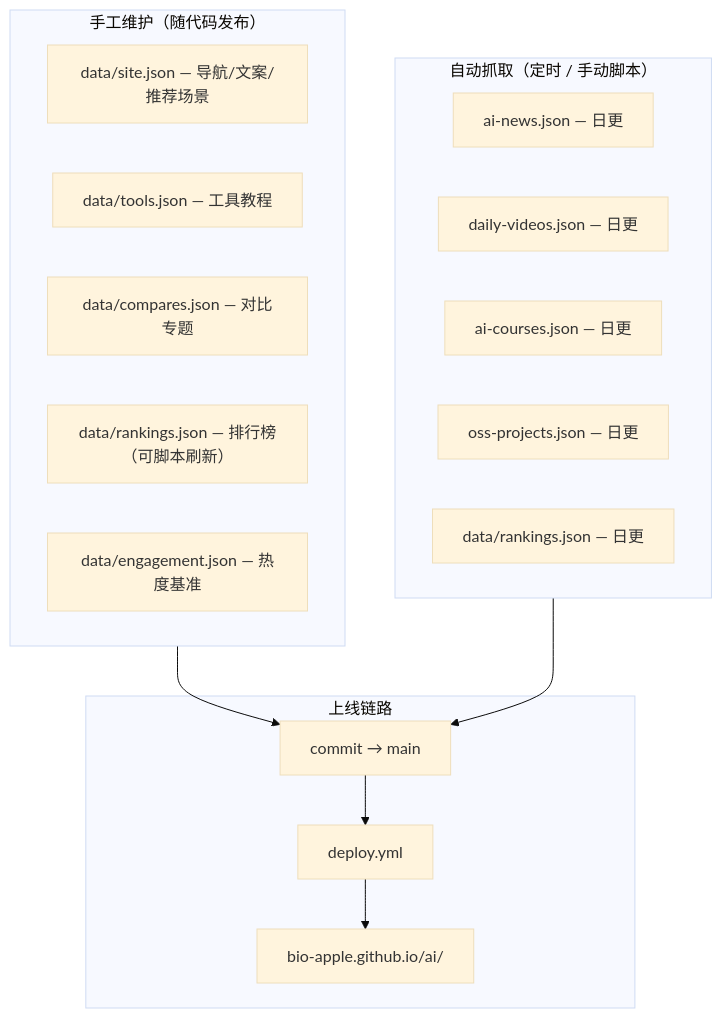
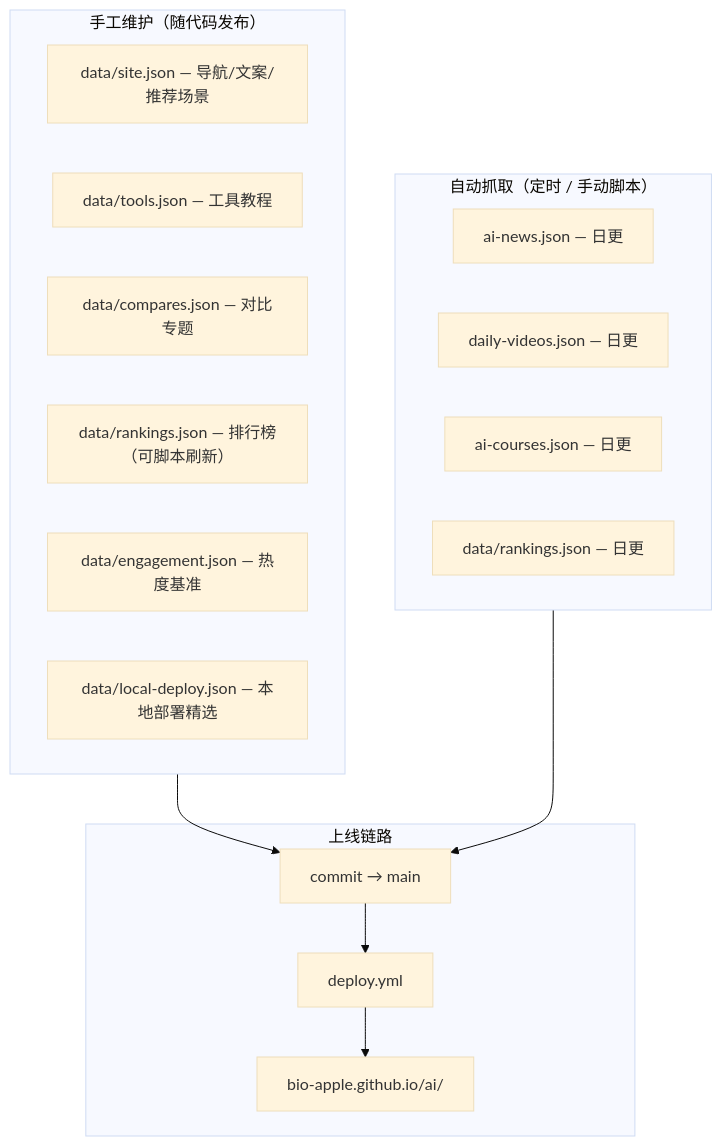
One commit to bio-apple/ai changed the first of 2 diagrams in docs/CONTENT-OPS.md. Above: the diagram before and after it, drawn with Mermaid (base theme). The commit also changed other lines of this file and 47 other files, not shown here.

````diff
--- a/docs/CONTENT-OPS.md
+++ b/docs/CONTENT-OPS.md
@@ -11,28 +11,28 @@
 ```mermaid
 flowchart TB
   subgraph manual["手工维护（随代码发布）"]
     M1["data/site.json — 导航/文案/推荐场景"]
     M2["data/tools.json — 工具教程"]
     M3["data/compares.json — 对比专题"]
     M4["data/rankings.json — 排行榜（可脚本刷新）"]
     M5["data/engagement.json — 热度基准"]
+    M6["data/local-deploy.json — 本地部署精选"]
   end
 
   subgraph auto["自动抓取（定时 / 手动脚本）"]
     A1["ai-news.json — 日更"]
     A2["daily-videos.json — 日更"]
     A3["ai-courses.json — 日更"]
-    A4["oss-projects.json — 日更"]
-    A5["data/rankings.json — 日更"]
+    A4["data/rankings.json — 日更"]
   end
 
   subgraph pipeline["上线链路"]
     GIT["commit → main"]
     DEPLOY["deploy.yml"]
     LIVE["bio-apple.github.io/ai/"]
   end
 
   manual --> GIT
   auto --> GIT
   GIT --> DEPLOY --> LIVE
 ```
````
